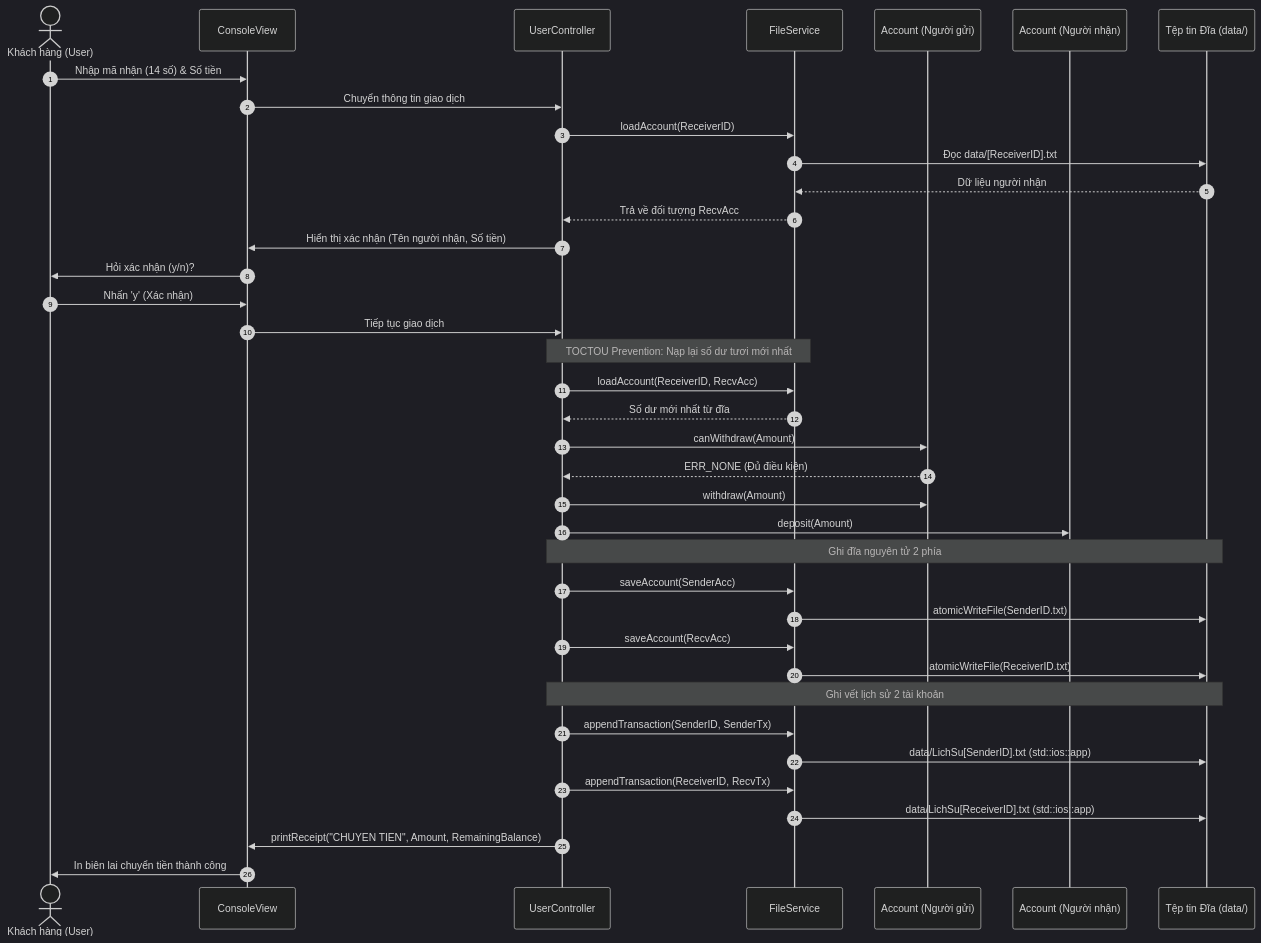
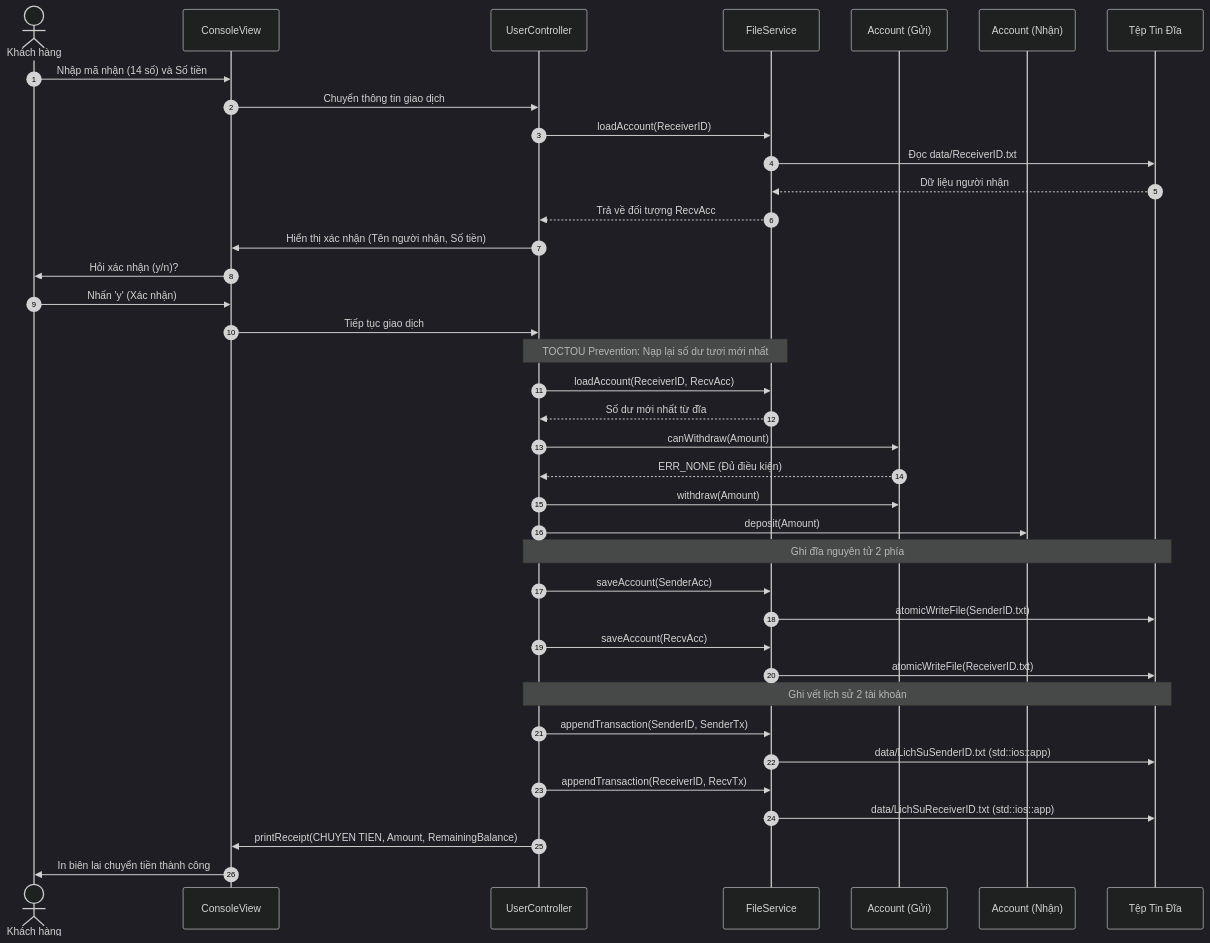
One commit to phattvh/DataStructure_ATM-Project changed the third of 3 diagrams in docs/08_so_do_uml_va_luong_du_lieu.md. Above: the diagram before and after it, drawn with Mermaid (dark theme). The commit also changed other lines of this file and 3 other files, not shown here.

Commit message:
docs: add 1-click run scripts, fix doc 08 mermaid syntax, and expand execution guide

````diff
--- a/docs/08_so_do_uml_va_luong_du_lieu.md
+++ b/docs/08_so_do_uml_va_luong_du_lieu.md
@@ -294,46 +295,46 @@
 ```mermaid
 sequenceDiagram
     autonumber
-    actor User as Khách hàng (User)
+    actor User as Khách hàng
     participant CV as ConsoleView
     participant UC as UserController
     participant FS as FileService
-    participant SenderAcc as Account (Người gửi)
-    participant RecvAcc as Account (Người nhận)
-    participant Disk as Tệp tin Đĩa (data/)
+    participant SenderAcc as Account (Gửi)
+    participant RecvAcc as Account (Nhận)
+    participant Disk as Tệp Tin Đĩa
 
-    User->>CV: Nhập mã nhận (14 số) & Số tiền
+    User->>CV: Nhập mã nhận (14 số) và Số tiền
     CV->>UC: Chuyển thông tin giao dịch
     UC->>FS: loadAccount(ReceiverID)
-    FS->>Disk: Đọc data/[ReceiverID].txt
+    FS->>Disk: Đọc data/ReceiverID.txt
     Disk-->>FS: Dữ liệu người nhận
     FS-->>UC: Trả về đối tượng RecvAcc
     UC->>CV: Hiển thị xác nhận (Tên người nhận, Số tiền)
     CV->>User: Hỏi xác nhận (y/n)?
     User->>CV: Nhấn 'y' (Xác nhận)
     CV->>UC: Tiếp tục giao dịch
 
     Note over UC,FS: TOCTOU Prevention: Nạp lại số dư tươi mới nhất
     UC->>FS: loadAccount(ReceiverID, RecvAcc)
     FS-->>UC: Số dư mới nhất từ đĩa
 
     UC->>SenderAcc: canWithdraw(Amount)
     SenderAcc-->>UC: ERR_NONE (Đủ điều kiện)
     UC->>SenderAcc: withdraw(Amount)
     UC->>RecvAcc: deposit(Amount)
 
     Note over UC,Disk: Ghi đĩa nguyên tử 2 phía
     UC->>FS: saveAccount(SenderAcc)
     FS->>Disk: atomicWriteFile(SenderID.txt)
     UC->>FS: saveAccount(RecvAcc)
     FS->>Disk: atomicWriteFile(ReceiverID.txt)
 
     Note over UC,Disk: Ghi vết lịch sử 2 tài khoản
     UC->>FS: appendTransaction(SenderID, SenderTx)
-    FS->>Disk: data/LichSu[SenderID].txt (std::ios::app)
+    FS->>Disk: data/LichSuSenderID.txt (std::ios::app)
     UC->>FS: appendTransaction(ReceiverID, RecvTx)
-    FS->>Disk: data/LichSu[ReceiverID].txt (std::ios::app)
+    FS->>Disk: data/LichSuReceiverID.txt (std::ios::app)
 
-    UC->>CV: printReceipt("CHUYEN TIEN", Amount, RemainingBalance)
+    UC->>CV: printReceipt(CHUYEN TIEN, Amount, RemainingBalance)
     CV->>User: In biên lai chuyển tiền thành công
 ```
````
